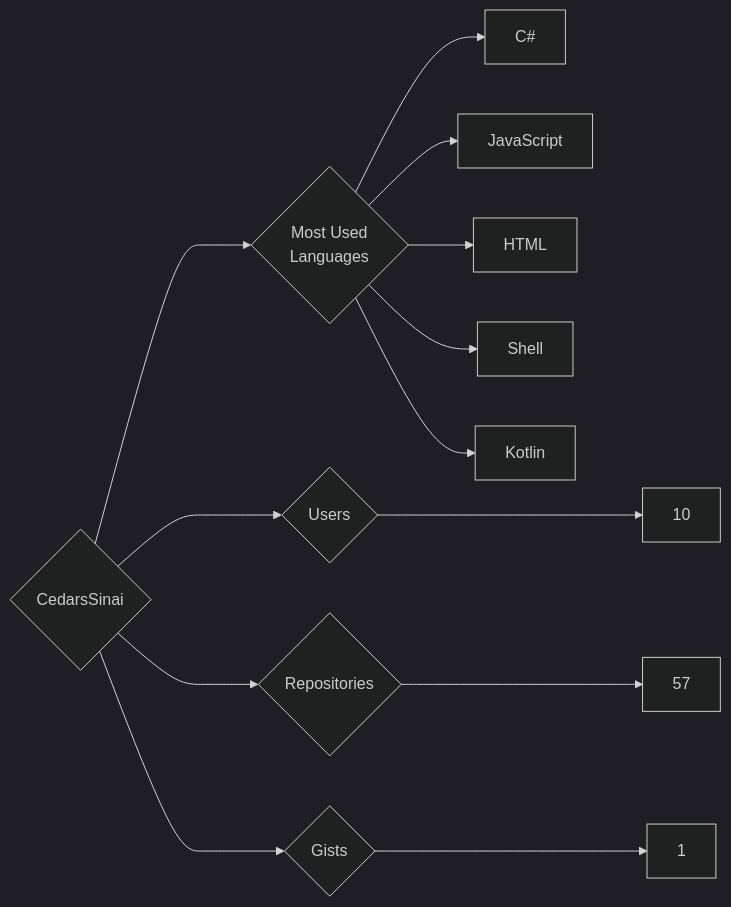
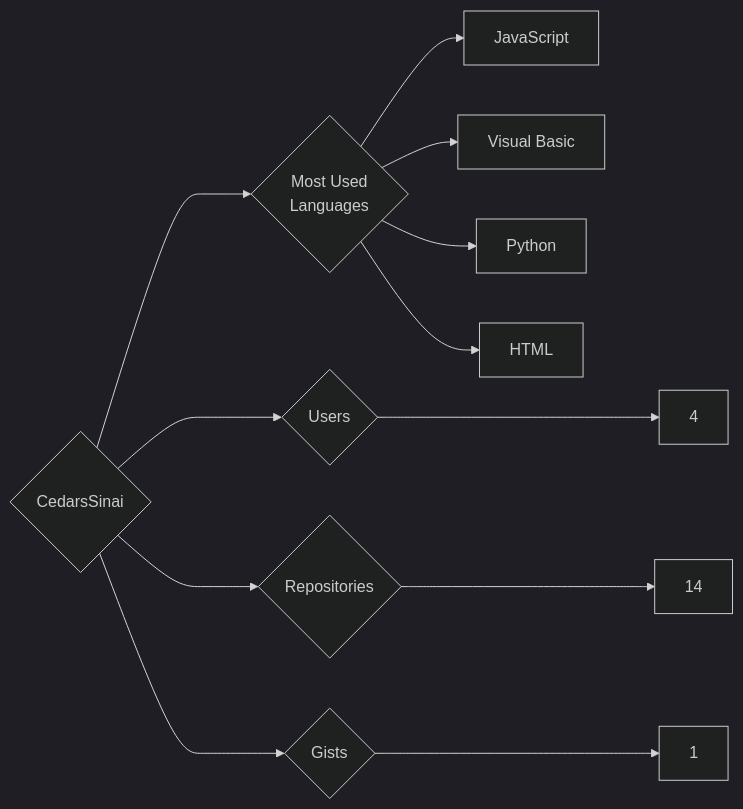
One commit to trickest/insiders changed the diagram in targets/CedarsSinai/README.md. Above: the diagram before and after it, drawn with Mermaid (dark theme). The commit also changed 1195 other files, not shown here.

````diff
--- a/targets/CedarsSinai/README.md
+++ b/targets/CedarsSinai/README.md
@@ -3,13 +3,12 @@
 ```mermaid
 graph LR
 COMPANY_NAME{CedarsSinai}
-COMPANY_NAME ---> U{Users} ---> UN[10]
-COMPANY_NAME ---> R{Repositories} ---> RN[57]
+COMPANY_NAME ---> U{Users} ---> UN[4]
+COMPANY_NAME ---> R{Repositories} ---> RN[14]
 COMPANY_NAME ---> G{Gists} ---> GN[1]
 COMPANY_NAME ---> ML{Most Used<br>Languages}
-ML --> C#[C#]
 ML --> JavaScript[JavaScript]
+ML --> Visual_Basic[Visual Basic]
+ML --> Python[Python]
 ML --> HTML[HTML]
-ML --> Shell[Shell]
-ML --> Kotlin[Kotlin]
 ```
````
